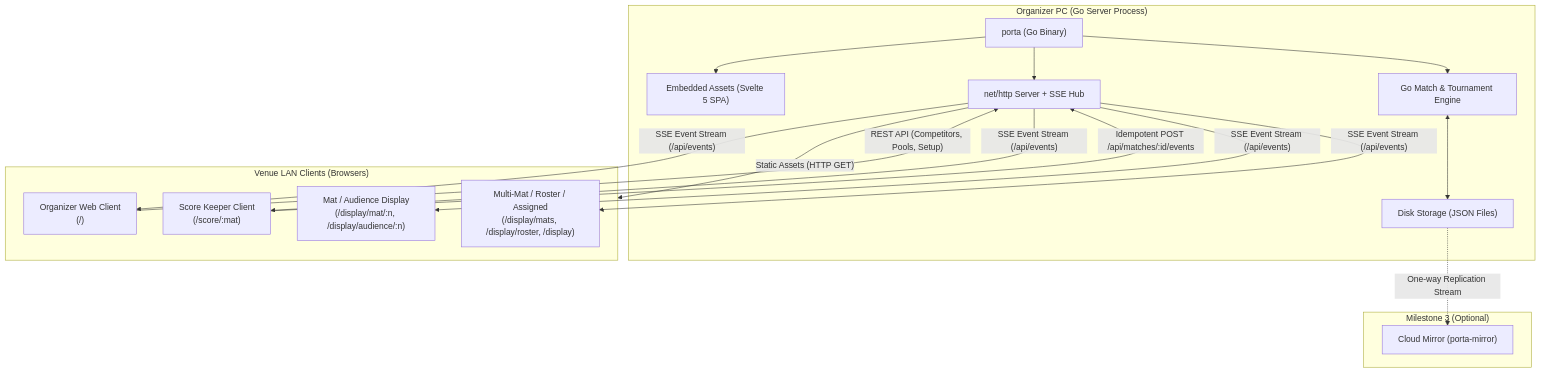
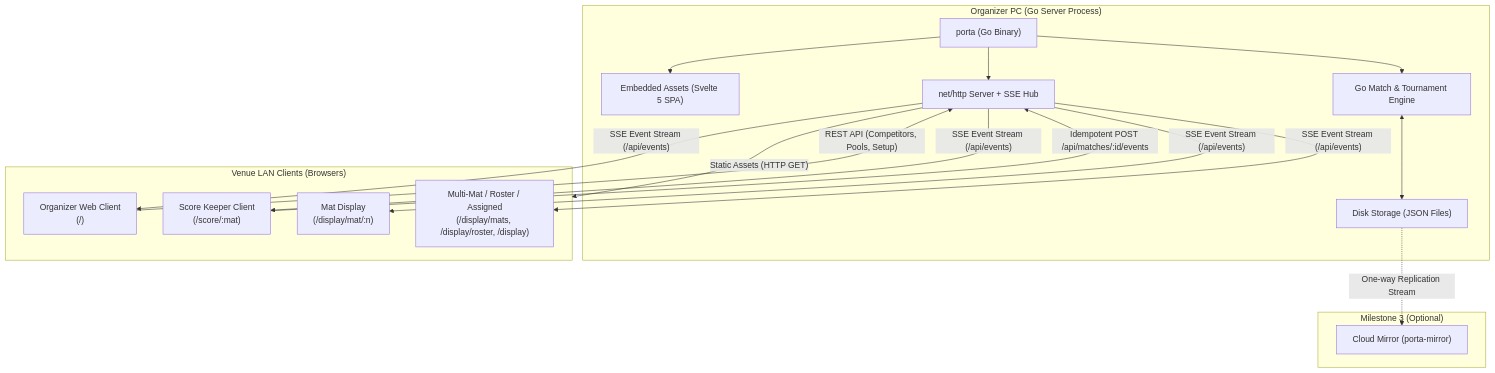
Before and after one commit to fylke/porta-di-ferro: the first of 14 diagrams in docs/architecture.md, drawn with Mermaid. The commit also changed other lines of this file and 20 other files, not shown here.

First line of the commit message:
Mat screens show what comes next as the organizer chooses; the audience view goes

````diff
--- a/docs/architecture.md
+++ b/docs/architecture.md
@@ -11,35 +11,35 @@
 ```mermaid
 flowchart TB
     subgraph Host["Organizer PC (Go Server Process)"]
         Binary["porta (Go Binary)"]
         StaticFS["Embedded Assets (Svelte 5 SPA)"]
         Store["Disk Storage (JSON Files)"]
         EngineGo["Go Match & Tournament Engine"]
         HTTPRouter["net/http Server + SSE Hub"]
 
         Binary --> StaticFS
         Binary --> EngineGo
         Binary --> HTTPRouter
         EngineGo <--> Store
     end
 
     subgraph Clients["Venue LAN Clients (Browsers)"]
         OrgUI["Organizer Web Client\n(/)"]
         ScoreUI["Score Keeper Client\n(/score/:mat)"]
-        DisplaySingle["Mat / Audience Display\n(/display/mat/:n, /display/audience/:n)"]
+        DisplaySingle["Mat Display\n(/display/mat/:n)"]
         DisplayMulti["Multi-Mat / Roster / Assigned\n(/display/mats, /display/roster, /display)"]
     end
 
     subgraph CloudTarget["Milestone 3 (Optional)"]
         Mirror["Cloud Mirror (porta-mirror)"]
     end
 
     HTTPRouter -- "Static Assets (HTTP GET)" --> Clients
     ScoreUI -- "Idempotent POST /api/matches/:id/events" --> HTTPRouter
     OrgUI -- "REST API (Competitors, Pools, Setup)" --> HTTPRouter
     HTTPRouter -- "SSE Event Stream (/api/events)" --> ScoreUI
     HTTPRouter -- "SSE Event Stream (/api/events)" --> OrgUI
     HTTPRouter -- "SSE Event Stream (/api/events)" --> DisplaySingle
     HTTPRouter -- "SSE Event Stream (/api/events)" --> DisplayMulti
     Store -. "One-way Replication Stream" .-> Mirror
 ```
````
